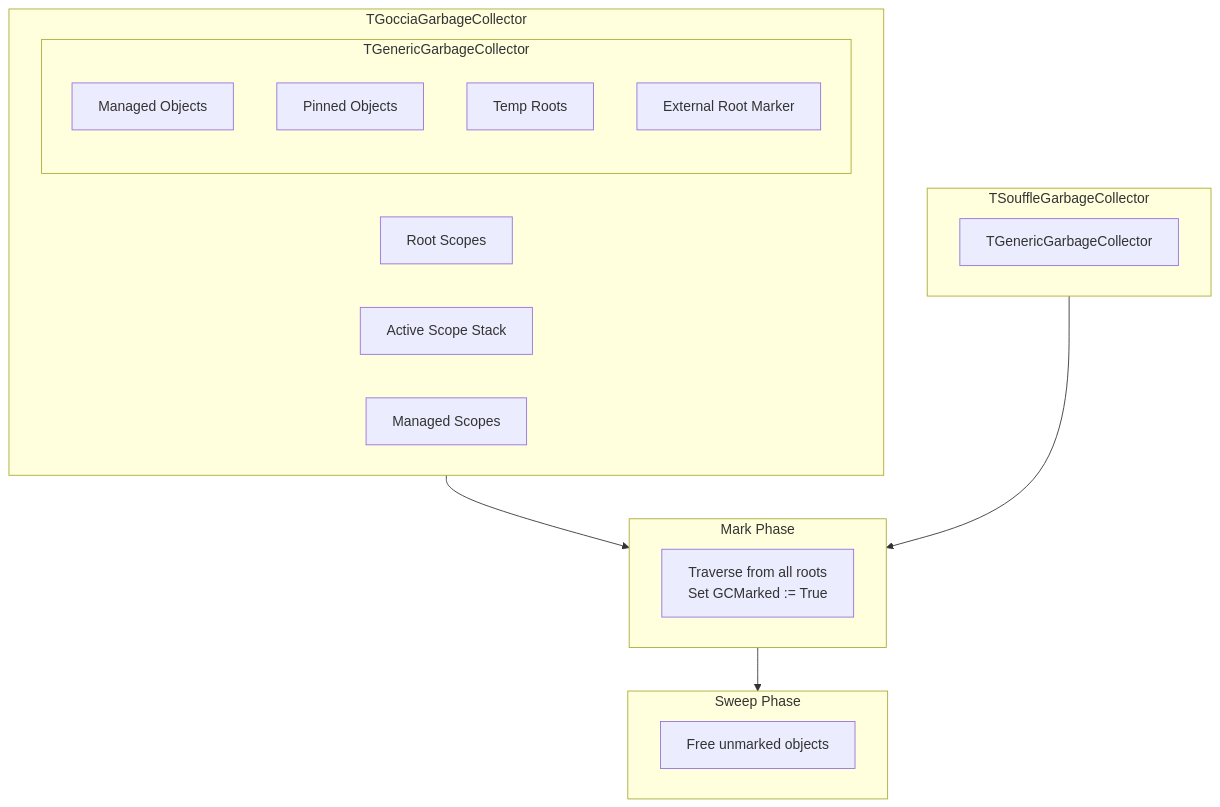
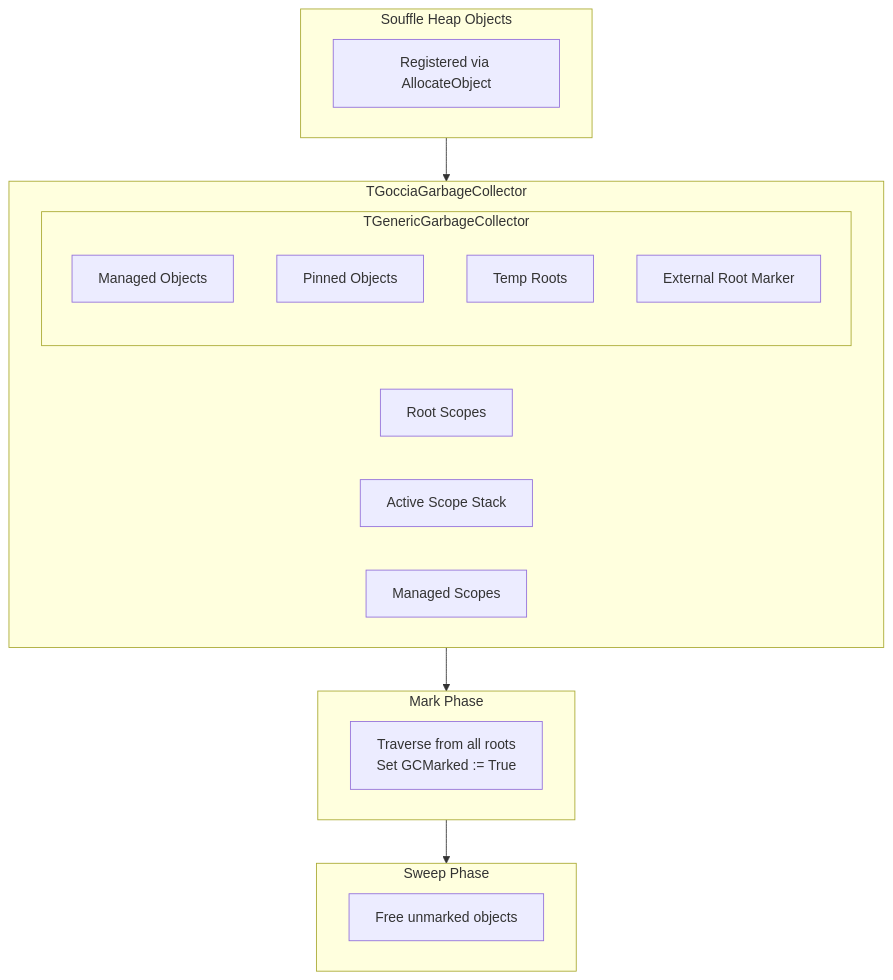
The fifth of 5 diagrams in docs/architecture.md (frostney/GocciaScript), drawn with Mermaid before and after one commit. The commit also changed other lines of this file and 11 other files, not shown here.

First line of the commit message:
Unify interpreter and Souffle VM into a single garbage collector

````diff
--- a/docs/architecture.md
+++ b/docs/architecture.md
@@ -365,26 +364,26 @@
 ```mermaid
 flowchart TD
     subgraph GenericGC["TGenericGarbageCollector"]
         ManagedObjects["Managed Objects"]
         PinnedObjects["Pinned Objects"]
         TempRoots["Temp Roots"]
         ExternalMarker["External Root Marker"]
     end
     subgraph GocciaGC["TGocciaGarbageCollector"]
         GenericGC
         RootScopes["Root Scopes"]
         ActiveStack["Active Scope Stack"]
         ManagedScopes["Managed Scopes"]
     end
-    subgraph SouffleGC["TSouffleGarbageCollector"]
-        GenericGC2["TGenericGarbageCollector"]
+    subgraph SouffleObjects["Souffle Heap Objects"]
+        AllocateObject["Registered via AllocateObject"]
     end
     subgraph Mark["Mark Phase"]
         Traverse["Traverse from all roots\nSet GCMarked := True"]
     end
     subgraph Sweep["Sweep Phase"]
         Free["Free unmarked objects"]
     end
     GocciaGC --> Mark --> Sweep
-    SouffleGC --> Mark
+    SouffleObjects --> GocciaGC
 ```
````
